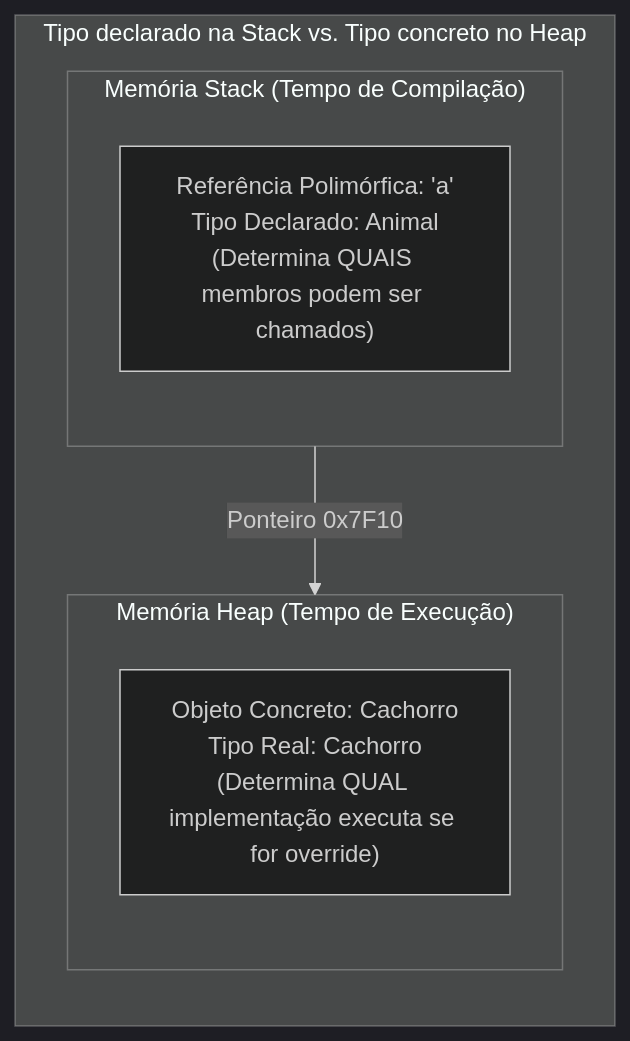
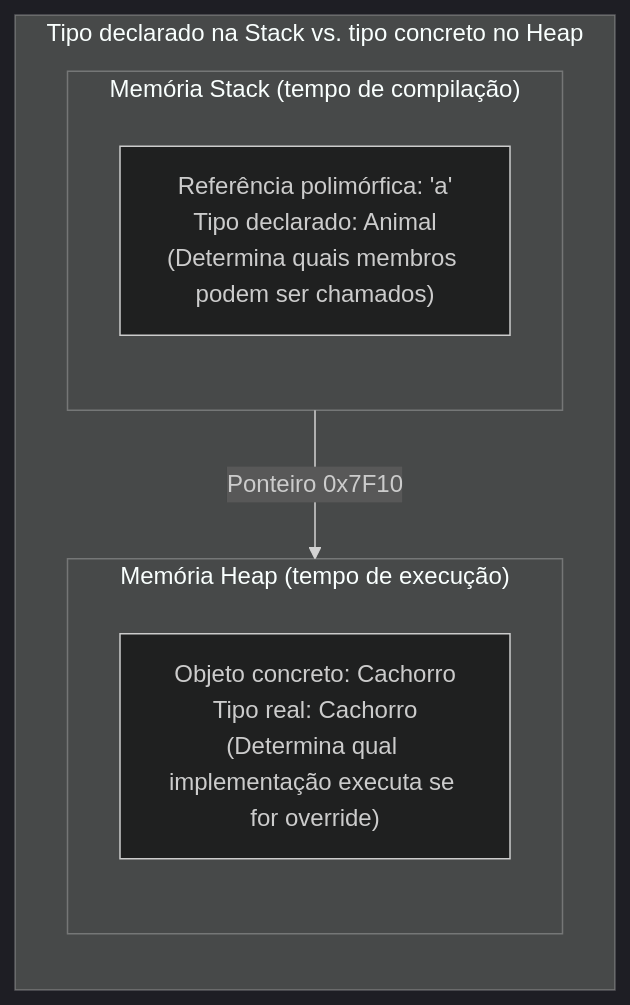
One commit to leorruas/puc changed the eighth of 10 diagrams in 01. Programacao Modular/17. Sobreposição de métodos (virtual e override).md. Above: the diagram before and after it, drawn with Mermaid (dark theme). The commit also changed other lines of this file and 3 other files, not shown here.

````diff
--- a/01. Programacao Modular/17. Sobreposição de métodos (virtual e override).md
+++ b/01. Programacao Modular/17. Sobreposição de métodos (virtual e override).md
@@ -292,18 +331,18 @@
 ```mermaid
 flowchart TD
-    subgraph MemoriaPolimorfica ["Tipo declarado na Stack vs. Tipo concreto no Heap"]
+    subgraph MemoriaPolimorfica ["Tipo declarado na Stack vs. tipo concreto no Heap"]
         direction TB
 
-        subgraph Stack ["Memória Stack (Tempo de Compilação)"]
+        subgraph Stack ["Memória Stack (tempo de compilação)"]
             direction TB
-            Ref["Referência Polimórfica: 'a'<br>Tipo Declarado: Animal<br>(Determina QUAIS membros podem ser chamados)"]
+            Ref["Referência polimórfica: 'a'<br>Tipo declarado: Animal<br>(Determina quais membros podem ser chamados)"]
         end
 
-        subgraph Heap ["Memória Heap (Tempo de Execução)"]
+        subgraph Heap ["Memória Heap (tempo de execução)"]
             direction TB
-            Obj["Objeto Concreto: Cachorro<br>Tipo Real: Cachorro<br>(Determina QUAL implementação executa se for override)"]
+            Obj["Objeto concreto: Cachorro<br>Tipo real: Cachorro<br>(Determina qual implementação executa se for override)"]
         end
 
         Ref -->|Ponteiro 0x7F10| Obj
     end
 ```
````
